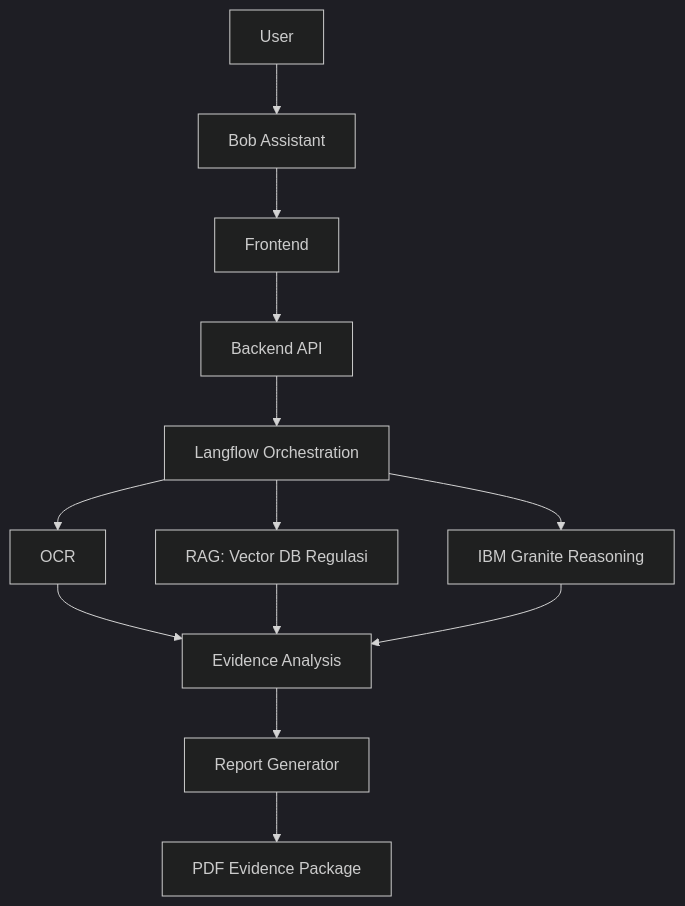
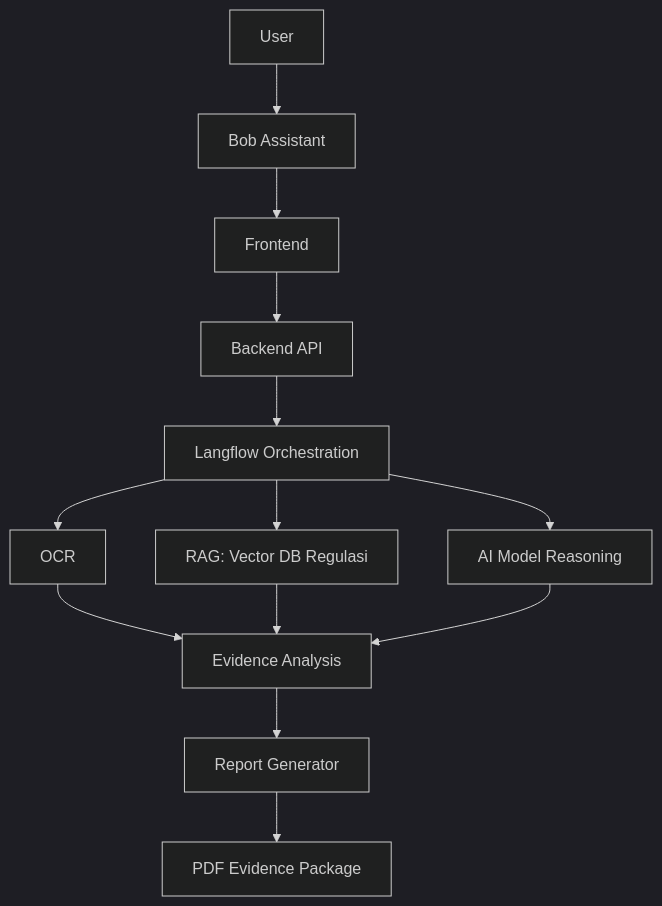
The diagram in README.md (yuzhuruuu/BuktiTagih-AI), drawn with Mermaid (dark theme) before and after one commit. The commit also changed other lines of this file, not shown here.

Commit message:
Update README to reflect AI Model changes

````diff
--- a/README.md
+++ b/README.md
@@ -32,15 +32,15 @@
 ```mermaid
 flowchart TD
     U[User] --> B[Bob Assistant]
     B --> F[Frontend]
     F --> API[Backend API]
     API --> LF[Langflow Orchestration]
     LF --> OCR[OCR]
     LF --> RAG[RAG: Vector DB Regulasi]
-    LF --> G[IBM Granite Reasoning]
+    LF --> G[AI Model Reasoning]
     OCR --> A[Evidence Analysis]
     RAG --> A
     G --> A
     A --> R[Report Generator]
     R --> PDF[PDF Evidence Package]
 ```
````
